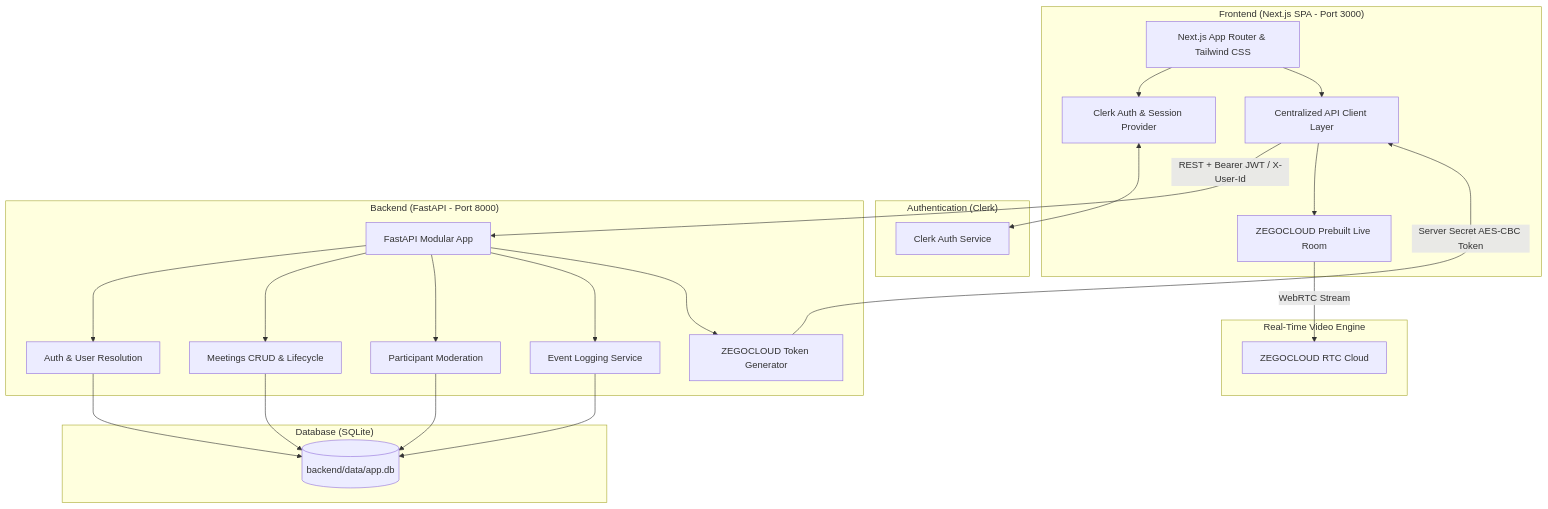
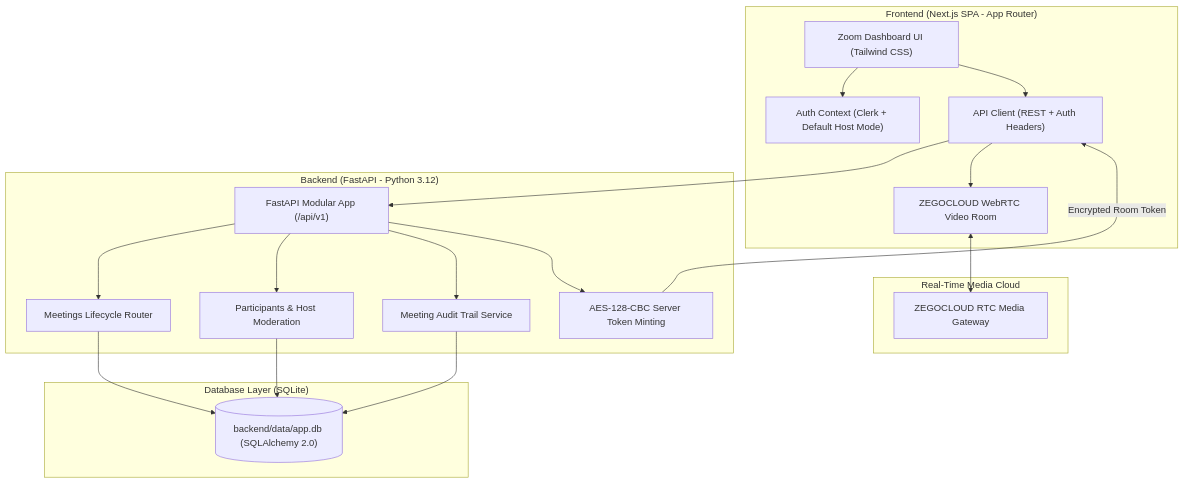
The first of 2 diagrams in README.md (Sidd2004Shukla/zoomAssignment), drawn with Mermaid before and after one commit. The commit also changed other lines of this file and 15 other files, not shown here.

Commit message:
feat: complete SDE assignment core features, default host mode, Zoom UX polish, database seeder, and comprehensive README

````diff
--- a/README.md
+++ b/README.md
@@ -9,47 +35,39 @@
 ```mermaid
 graph TD
-    subgraph Frontend ["Frontend (Next.js SPA - Port 3000)"]
-        UI[Next.js App Router & Tailwind CSS]
-        ClerkClient[Clerk Auth & Session Provider]
-        APIClient[Centralized API Client Layer]
-        ZegoClient[ZEGOCLOUD Prebuilt Live Room]
+    subgraph Frontend ["Frontend (Next.js SPA - App Router)"]
+        UI["Zoom Dashboard UI (Tailwind CSS)"]
+        AuthContext["Auth Context (Clerk + Default Host Mode)"]
+        APIClient["API Client (REST + Auth Headers)"]
+        RTCClient["ZEGOCLOUD WebRTC Video Room"]
     end
 
-    subgraph AuthProvider ["Authentication (Clerk)"]
-        ClerkCloud[Clerk Auth Service]
+    subgraph Backend ["Backend (FastAPI - Python 3.12)"]
+        API["FastAPI Modular App (/api/v1)"]
+        MeetingsRouter["Meetings Lifecycle Router"]
+        ParticipantsRouter["Participants & Host Moderation"]
+        EventsService["Meeting Audit Trail Service"]
+        ZegoSecurity["AES-128-CBC Server Token Minting"]
     end
 
-    subgraph Backend ["Backend (FastAPI - Port 8000)"]
-        FastAPIApp[FastAPI Modular App]
-        AuthModule[Auth & User Resolution]
-        MeetingModule[Meetings CRUD & Lifecycle]
-        ParticipantModule[Participant Moderation]
-        AuditEvents[Event Logging Service]
-        ZegoService[ZEGOCLOUD Token Generator]
+    subgraph Database ["Database Layer (SQLite)"]
+        SQLiteDB[("backend/data/app.db (SQLAlchemy 2.0)")]
     end
 
-    subgraph Storage ["Database (SQLite)"]
-        SQLiteDB[(backend/data/app.db)]
+    subgraph MediaCloud ["Real-Time Media Cloud"]
+        ZegoRTC["ZEGOCLOUD RTC Media Gateway"]
     end
 
-    subgraph VideoEngine ["Real-Time Video Engine"]
-        ZegoCloud[ZEGOCLOUD RTC Cloud]
-    end
-
-    UI --> ClerkClient
-    ClerkClient <--> ClerkCloud
+    UI --> AuthContext
     UI --> APIClient
-    APIClient -- "REST + Bearer JWT / X-User-Id" --> FastAPIApp
-    FastAPIApp --> AuthModule
-    FastAPIApp --> MeetingModule
-    FastAPIApp --> ParticipantModule
-    FastAPIApp --> AuditEvents
-    FastAPIApp --> ZegoService
-    AuthModule --> SQLiteDB
-    MeetingModule --> SQLiteDB
-    ParticipantModule --> SQLiteDB
-    AuditEvents --> SQLiteDB
-    ZegoService -- "Server Secret AES-CBC Token" --> APIClient
-    APIClient --> ZegoClient
-    ZegoClient -- "WebRTC Stream" --> ZegoCloud
+    APIClient --> API
+    API --> MeetingsRouter
+    API --> ParticipantsRouter
+    API --> EventsService
+    API --> ZegoSecurity
+    MeetingsRouter --> SQLiteDB
+    ParticipantsRouter --> SQLiteDB
+    EventsService --> SQLiteDB
+    ZegoSecurity -- "Encrypted Room Token" --> APIClient
+    APIClient --> RTCClient
+    RTCClient <--> ZegoRTC
 ```
````
